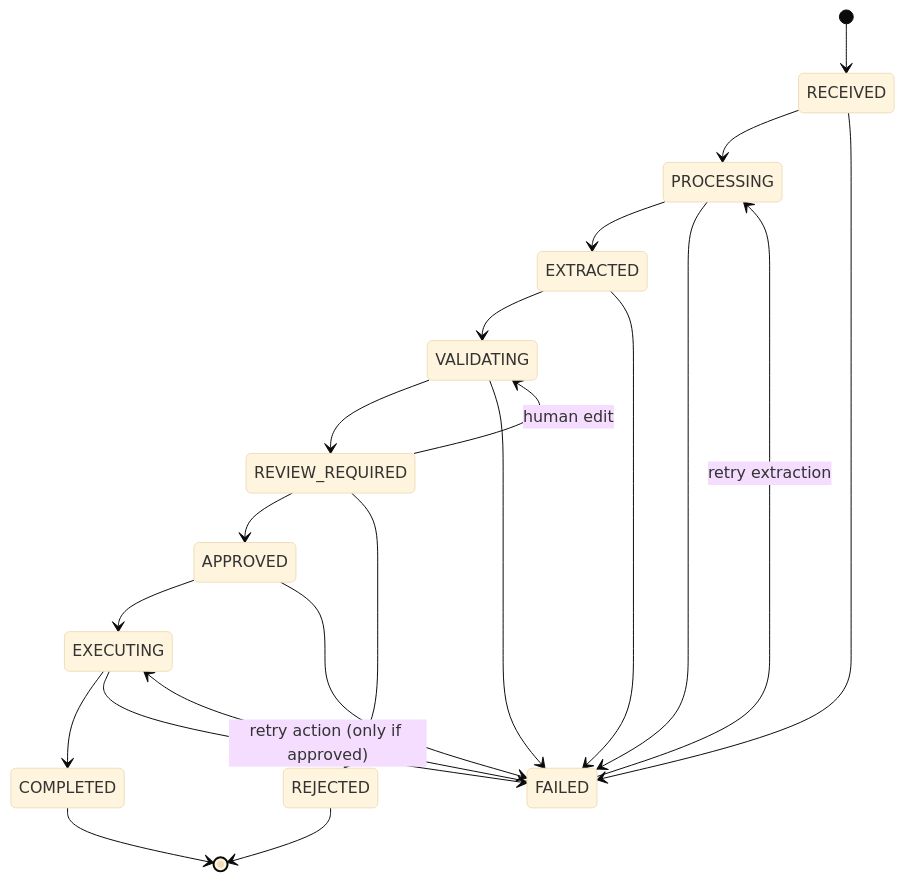
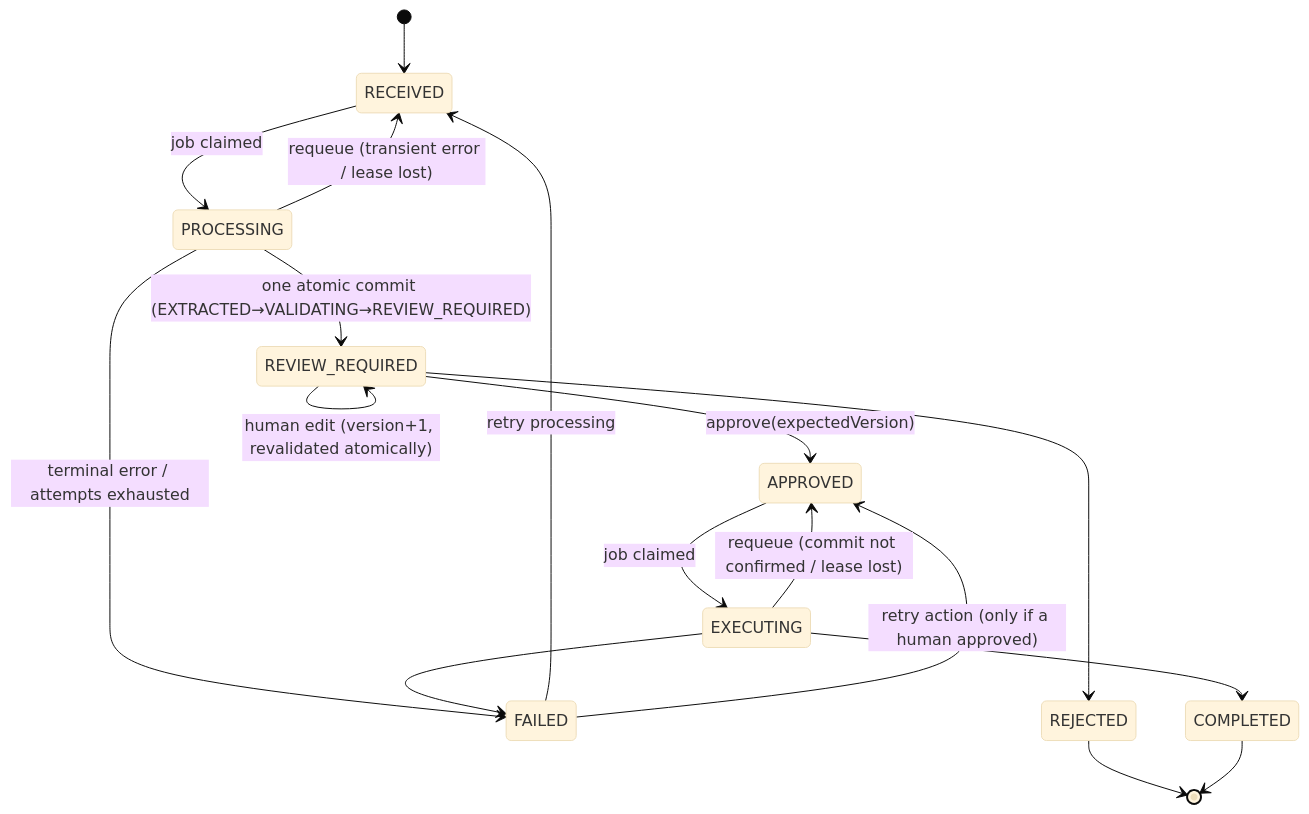
The diagram in docs/ARCHITECTURE.md (theswilliams/opsflow), drawn with Mermaid (base theme) before and after one commit. The commit also changed other lines of this file and 14 other files, not shown here.

Commit message:
docs: audit remediation documentation (security model, data handling, architecture, AI pipeline, n8n signing v1, decisions); CI hardening; scrub stored error text

````diff
--- a/docs/ARCHITECTURE.md
+++ b/docs/ARCHITECTURE.md
@@ -25,23 +29,19 @@
 ```mermaid
 stateDiagram-v2
   [*] --> RECEIVED
-  RECEIVED --> PROCESSING
-  PROCESSING --> EXTRACTED
-  EXTRACTED --> VALIDATING
-  VALIDATING --> REVIEW_REQUIRED
-  REVIEW_REQUIRED --> VALIDATING: human edit
-  REVIEW_REQUIRED --> APPROVED
+  RECEIVED --> PROCESSING: job claimed
+  PROCESSING --> REVIEW_REQUIRED: one atomic commit (EXTRACTED→VALIDATING→REVIEW_REQUIRED)
+  PROCESSING --> RECEIVED: requeue (transient error / lease lost)
+  PROCESSING --> FAILED: terminal error / attempts exhausted
+  REVIEW_REQUIRED --> REVIEW_REQUIRED: human edit (version+1, revalidated atomically)
+  REVIEW_REQUIRED --> APPROVED: approve(expectedVersion)
   REVIEW_REQUIRED --> REJECTED
-  APPROVED --> EXECUTING
+  APPROVED --> EXECUTING: job claimed
   EXECUTING --> COMPLETED
-  RECEIVED --> FAILED
-  PROCESSING --> FAILED
-  EXTRACTED --> FAILED
-  VALIDATING --> FAILED
-  APPROVED --> FAILED
+  EXECUTING --> APPROVED: requeue (commit not confirmed / lease lost)
   EXECUTING --> FAILED
-  FAILED --> PROCESSING: retry extraction
-  FAILED --> EXECUTING: retry action (only if approved)
+  FAILED --> RECEIVED: retry processing
+  FAILED --> APPROVED: retry action (only if a human approved)
   REJECTED --> [*]
   COMPLETED --> [*]
 ```
````
